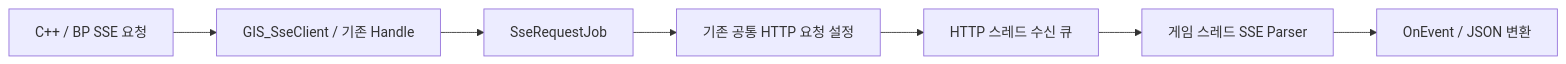
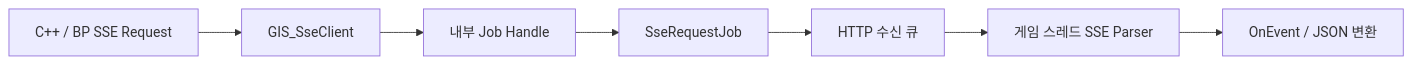
One commit to prayslaks/JWNetworkUtility changed the diagram in Docs/SSE.md. Above: the diagram before and after it, drawn with Mermaid. The commit also changed other lines of this file and 108 other files, not shown here.

````diff
--- a/Docs/SSE.md
+++ b/Docs/SSE.md
@@ -60,9 +74,9 @@
 ```mermaid
 flowchart LR
-    API["C++ / BP SSE 요청"] --> Client["GIS_SseClient / 기존 Handle"]
-    Client --> Job["SseRequestJob"]
-    Job --> HTTP["기존 공통 HTTP 요청 설정"]
-    HTTP --> Queue["HTTP 스레드 수신 큐"]
+    Request["C++ / BP SSE Request"] --> Client["GIS_SseClient"]
+    Client --> Handle["내부 Job Handle"]
+    Handle --> Job["SseRequestJob"]
+    Job --> Queue["HTTP 수신 큐"]
     Queue --> Parser["게임 스레드 SSE Parser"]
     Parser --> Event["OnEvent / JSON 변환"]
 ```
````
